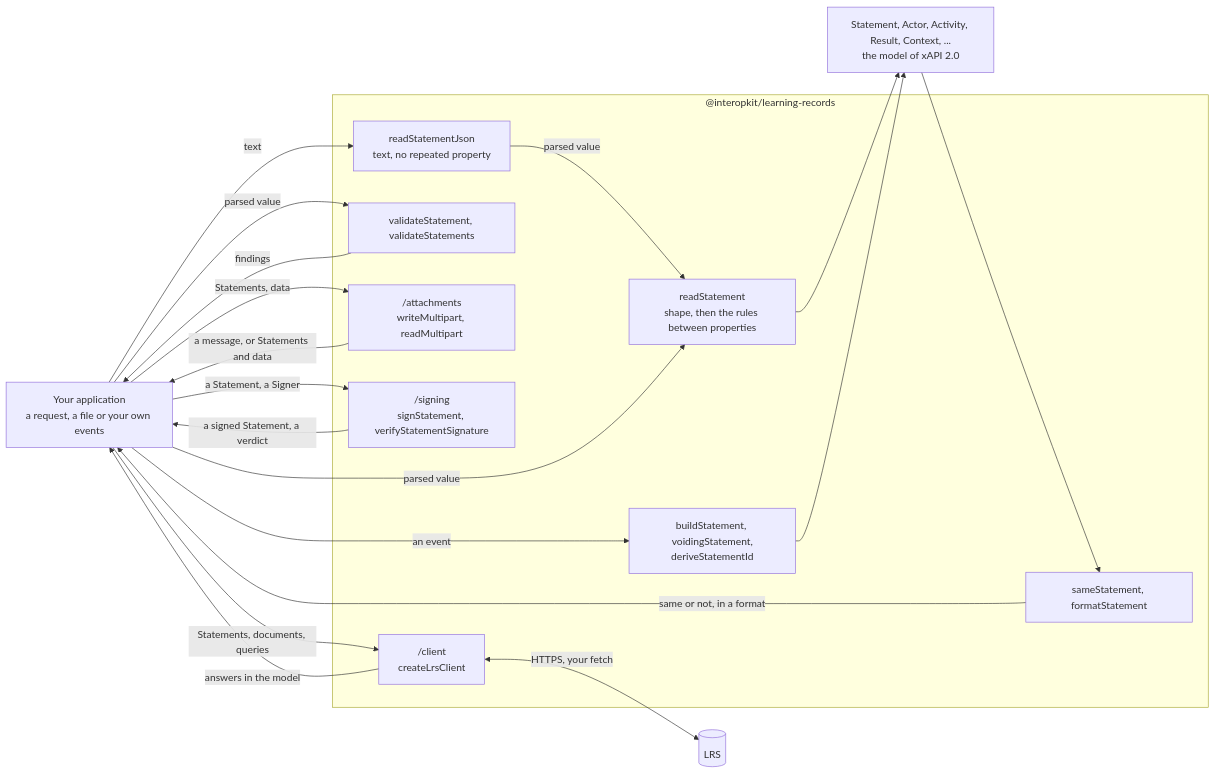
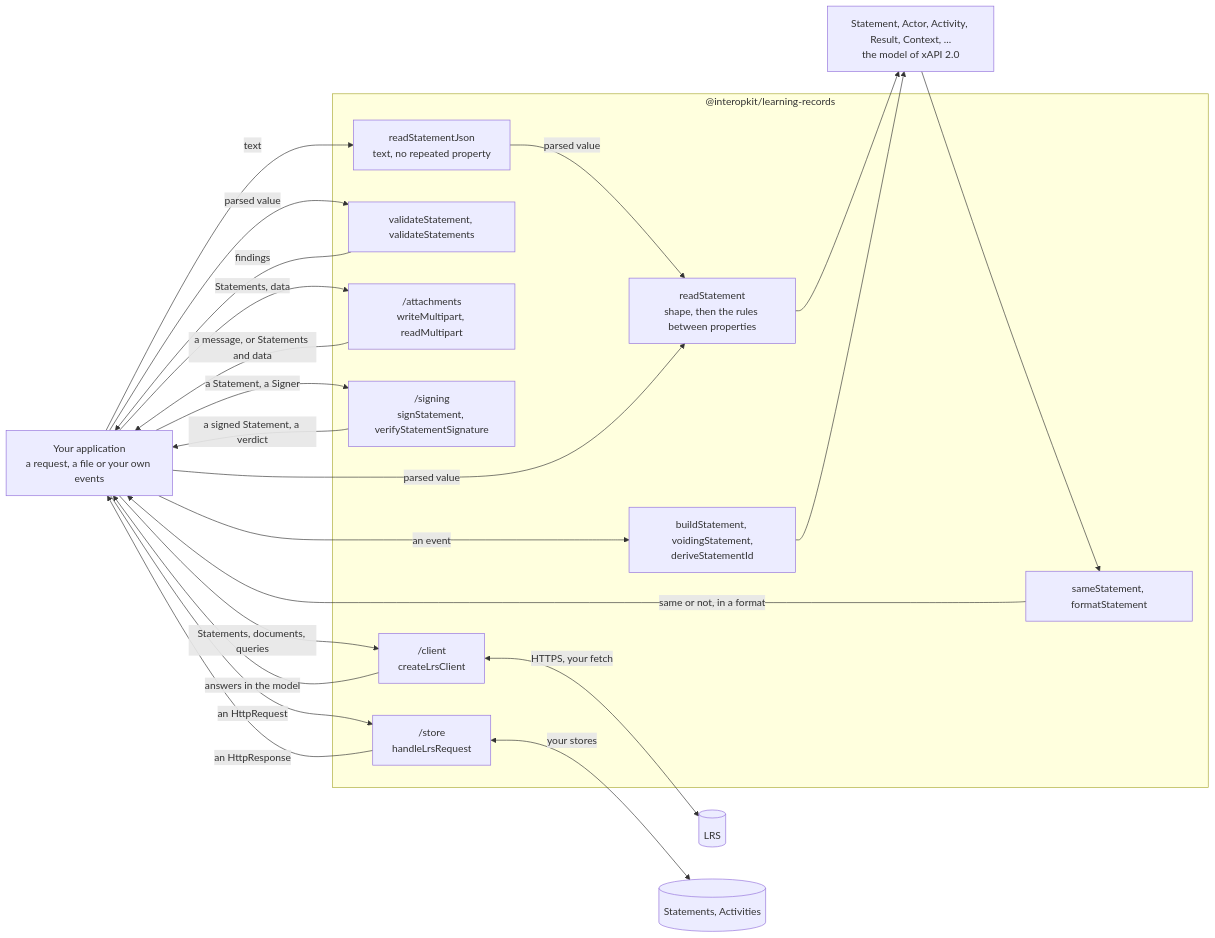
Before and after one commit to interopkit/interopkit: the diagram in packages/learning-records/README.md, drawn with Mermaid. The commit also changed other lines of this file and 56 other files, not shown here.

First line of the commit message:
Add the LRS handler for the Statements resource

````diff
--- a/packages/learning-records/README.md
+++ b/packages/learning-records/README.md
@@ -8,32 +8,36 @@
 ```mermaid
 flowchart LR
   host["Your application<br/>a request, a file or your own events"]
   subgraph pkg["@interopkit/learning-records"]
     json["readStatementJson<br/>text, no repeated property"]
     read["readStatement<br/>shape, then the rules between properties"]
     validate["validateStatement, validateStatements"]
     build["buildStatement, voidingStatement,<br/>deriveStatementId"]
     compare["sameStatement, formatStatement"]
     attachments["/attachments<br/>writeMultipart, readMultipart"]
     signing["/signing<br/>signStatement, verifyStatementSignature"]
     client["/client<br/>createLrsClient"]
+    store["/store<br/>handleLrsRequest"]
   end
   model["Statement, Actor, Activity, Result, Context, ...<br/>the model of xAPI 2.0"]
   host -->|"text"| json
   json -->|"parsed value"| read
   host -->|"parsed value"| read
   read --> model
   host -->|"parsed value"| validate
   validate -->|"findings"| host
   host -->|"an event"| build
   build --> model
   model --> compare
   compare -->|"same or not, in a format"| host
   host -->|"Statements, data"| attachments
   attachments -->|"a message, or Statements and data"| host
   host -->|"a Statement, a Signer"| signing
   signing -->|"a signed Statement, a verdict"| host
   host -->|"Statements, documents, queries"| client
   client -->|"answers in the model"| host
   client <-->|"HTTPS, your fetch"| lrs[("LRS")]
+  host -->|"an HttpRequest"| store
+  store -->|"an HttpResponse"| host
+  store <-->|"your stores"| ports[("Statements, Activities")]
 ```
````
